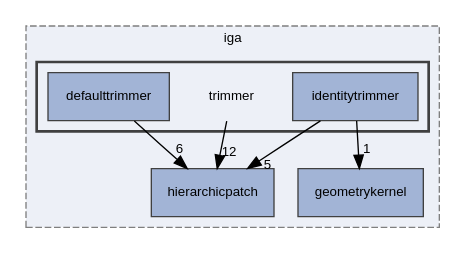
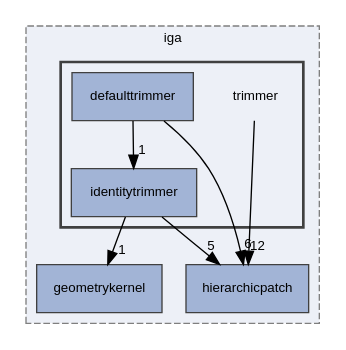
One commit to rath3t/dune-iga-doc changed the diagram in dir_7d0c370ab440c4b4f78419bfc8c93eb8_dep.dot. Above: the diagram before and after it, drawn with Graphviz. The commit also changed 1206 other files, not shown here.

```diff
--- a/dir_7d0c370ab440c4b4f78419bfc8c93eb8_dep.dot
+++ b/dir_7d0c370ab440c4b4f78419bfc8c93eb8_dep.dot
@@ -1,22 +1,23 @@
 digraph "trimmer"
 {
  // LATEX_PDF_SIZE
   edge [fontname="Helvetica",fontsize="10",labelfontname="Helvetica",labelfontsize="10"];
   node [fontname="Helvetica",fontsize="10",shape=record];
   compound=true
   subgraph clusterdir_d2a3c23294a1b1015b1b8e8721ddded8 {
     graph [ bgcolor="#edf0f7", pencolor="grey50", style="filled,dashed,", label="iga", fontname="Helvetica", fontsize="10", URL="dir_d2a3c23294a1b1015b1b8e8721ddded8.html"]
   dir_12fc9e68aad46ae2d80ba50ef1c96d76 [shape=box, label="hierarchicpatch", style="filled,", fillcolor="#a2b4d6", color="grey25", URL="dir_12fc9e68aad46ae2d80ba50ef1c96d76.html"];
   dir_98571e7345f7327fea7723ec1a12d870 [shape=box, label="geometrykernel", style="filled,", fillcolor="#a2b4d6", color="grey25", URL="dir_98571e7345f7327fea7723ec1a12d870.html"];
   subgraph clusterdir_7d0c370ab440c4b4f78419bfc8c93eb8 {
     graph [ bgcolor="#edf0f7", pencolor="grey25", style="filled,bold,", label="", fontname="Helvetica", fontsize="10", URL="dir_7d0c370ab440c4b4f78419bfc8c93eb8.html"]
     dir_7d0c370ab440c4b4f78419bfc8c93eb8 [shape=plaintext, label="trimmer"];
   dir_265321845ed2650d675b22a94b62262d [shape=box, label="defaulttrimmer", style="filled,", fillcolor="#a2b4d6", color="grey25", URL="dir_265321845ed2650d675b22a94b62262d.html"];
   dir_aa3557bd66a6784b3b9e663253e8d0ba [shape=box, label="identitytrimmer", style="filled,", fillcolor="#a2b4d6", color="grey25", URL="dir_aa3557bd66a6784b3b9e663253e8d0ba.html"];
   }
   }
   dir_7d0c370ab440c4b4f78419bfc8c93eb8->dir_12fc9e68aad46ae2d80ba50ef1c96d76 [headlabel="12", labeldistance=1.5 headhref="dir_000019_000007.html"];
   dir_265321845ed2650d675b22a94b62262d->dir_12fc9e68aad46ae2d80ba50ef1c96d76 [headlabel="6", labeldistance=1.5 headhref="dir_000001_000007.html"];
+  dir_265321845ed2650d675b22a94b62262d->dir_aa3557bd66a6784b3b9e663253e8d0ba [headlabel="1", labeldistance=1.5 headhref="dir_000001_000009.html"];
   dir_aa3557bd66a6784b3b9e663253e8d0ba->dir_12fc9e68aad46ae2d80ba50ef1c96d76 [headlabel="5", labeldistance=1.5 headhref="dir_000009_000007.html"];
   dir_aa3557bd66a6784b3b9e663253e8d0ba->dir_98571e7345f7327fea7723ec1a12d870 [headlabel="1", labeldistance=1.5 headhref="dir_000009_000006.html"];
 }
```
